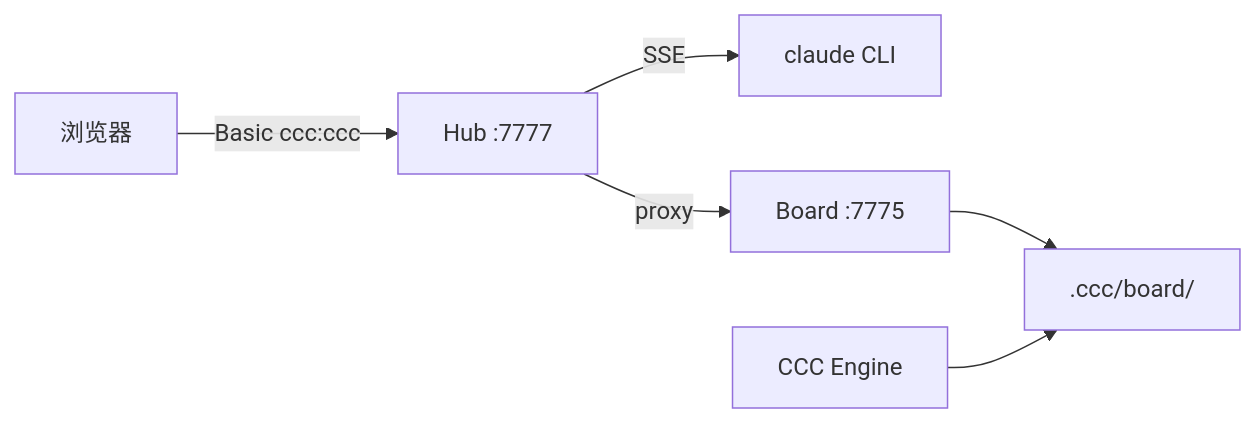
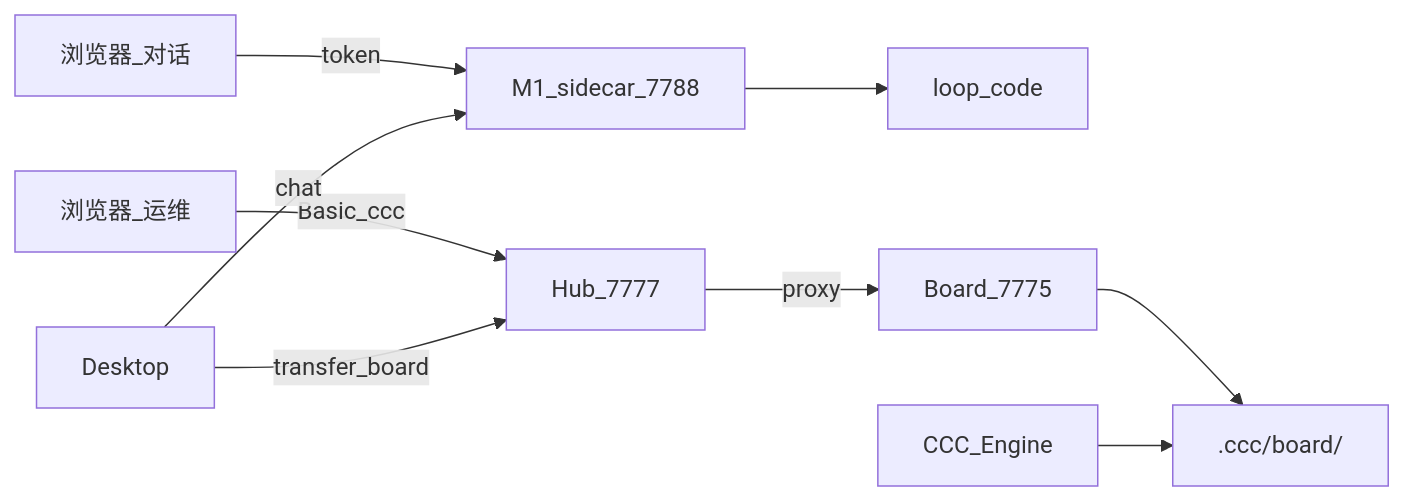
One commit to hanrry2323/CCC changed the diagram in docs/ccc-hub-ports.md. Above: the diagram before and after it, drawn with Mermaid. The commit also changed other lines of this file and 29 other files, not shown here.

````diff
--- a/docs/ccc-hub-ports.md
+++ b/docs/ccc-hub-ports.md
@@ -108,8 +124,11 @@
 ```mermaid
 flowchart LR
-  User[浏览器] -->|Basic ccc:ccc| Hub["Hub :7777"]
-  Hub -->|SSE| Claude[claude CLI]
-  Hub -->|proxy| API["Board :7775"]
+  BrowserChat[浏览器_对话] -->|token| Sidecar["M1_sidecar_7788"]
+  Sidecar --> Loop[loop_code]
+  BrowserOps[浏览器_运维] -->|Basic_ccc| Hub["Hub_7777"]
+  Desktop[Desktop] -->|chat| Sidecar
+  Desktop -->|transfer_board| Hub
+  Hub -->|proxy| API["Board_7775"]
   API --> Disk[".ccc/board/"]
-  Engine[CCC Engine] --> Disk
+  Engine[CCC_Engine] --> Disk
 ```
````
